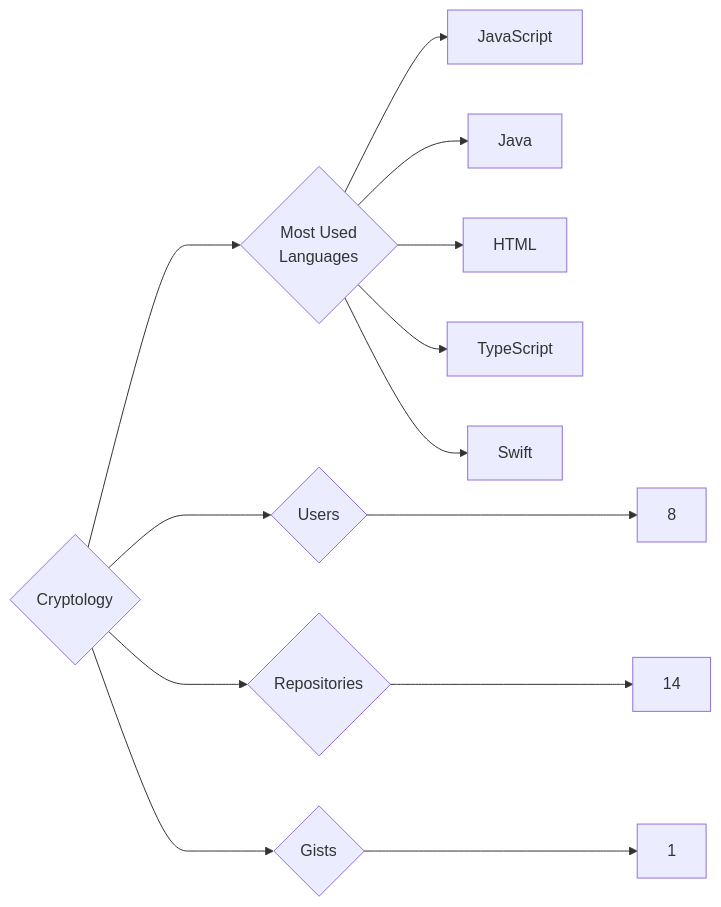
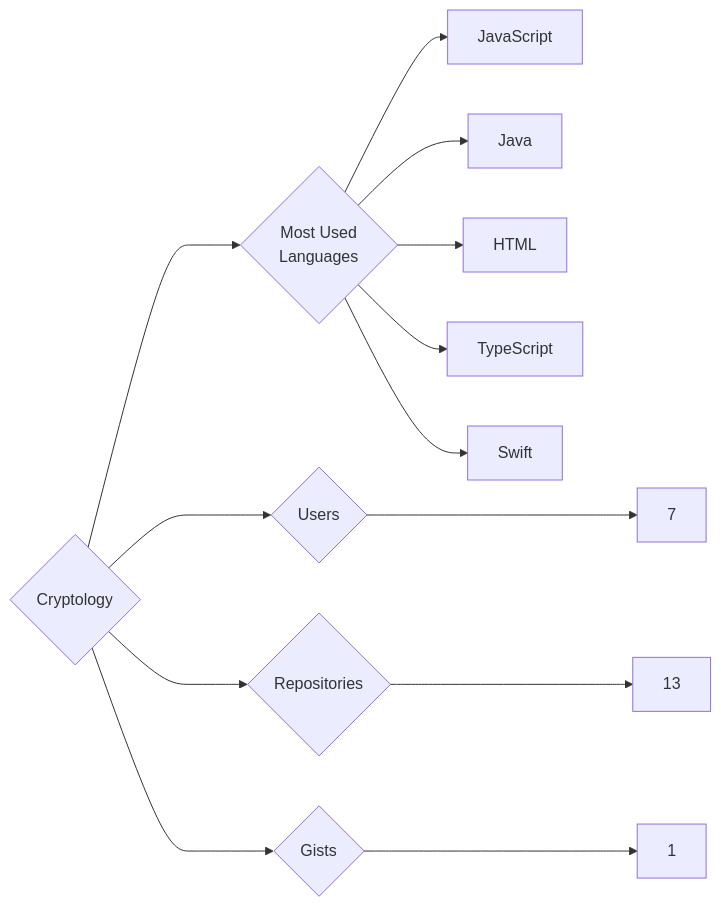
Before and after one commit to trickest/insiders: the diagram in targets/Cryptology/README.md, drawn with Mermaid. The commit also changed 912 other files, not shown here.

````diff
--- a/targets/Cryptology/README.md
+++ b/targets/Cryptology/README.md
@@ -3,13 +3,13 @@
 ```mermaid
 graph LR
 COMPANY_NAME{Cryptology}
-COMPANY_NAME ---> U{Users} ---> UN[8]
-COMPANY_NAME ---> R{Repositories} ---> RN[14]
+COMPANY_NAME ---> U{Users} ---> UN[7]
+COMPANY_NAME ---> R{Repositories} ---> RN[13]
 COMPANY_NAME ---> G{Gists} ---> GN[1]
 COMPANY_NAME ---> ML{Most Used<br>Languages}
 ML --> JavaScript[JavaScript]
 ML --> Java[Java]
 ML --> HTML[HTML]
 ML --> TypeScript[TypeScript]
 ML --> Swift[Swift]
 ```
````
